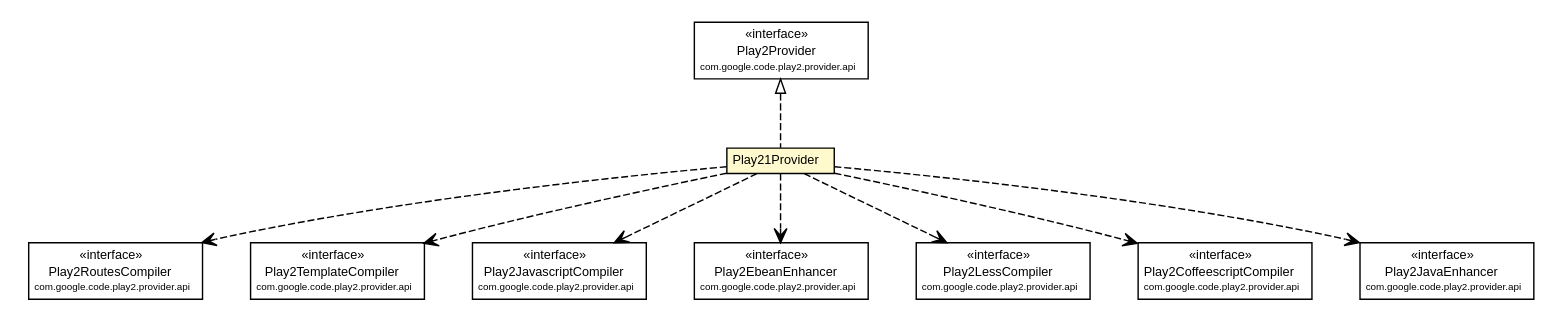
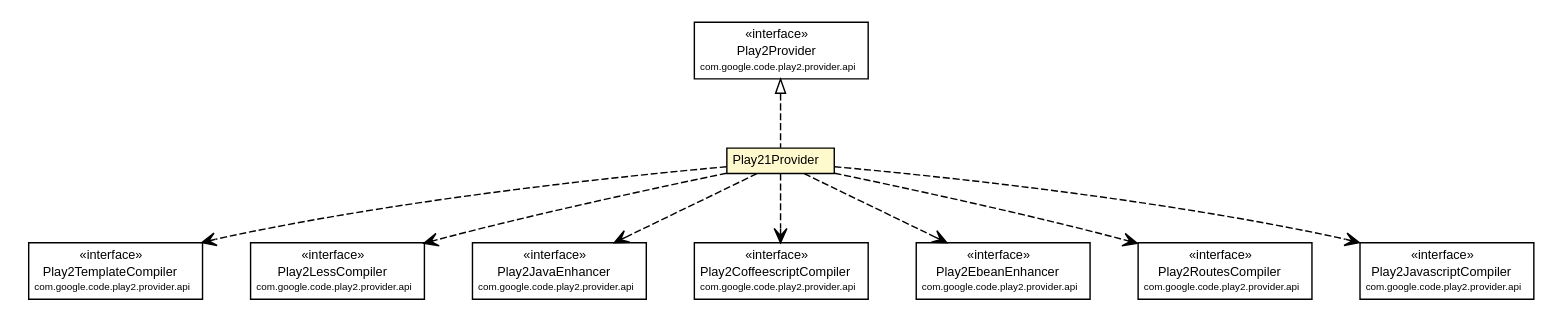
The diagram in mavensite/1.0.0-beta1-SNAPSHOT/play2-providers/play2-provider-play21/apidocs/com/google/code/play2/provider/play21/Play21Provider.dot (wouterhardeman/play2-maven-plugin), drawn with Graphviz before and after one commit. The commit also changed 224 other files, not shown here.

Commit message:
Public site for version "1.0.0-beta1-SNAPSHOT" updated.

```diff
--- a/mavensite/1.0.0-beta1-SNAPSHOT/play2-providers/play2-provider-play21/apidocs/com/google/code/play2/provider/play21/Play21Provider.dot
+++ b/mavensite/1.0.0-beta1-SNAPSHOT/play2-providers/play2-provider-play21/apidocs/com/google/code/play2/provider/play21/Play21Provider.dot
@@ -17,38 +17,38 @@
 		</table>>, URL="./Play21Provider.html", fontname="arial", fontcolor="black", fontsize=9.0];
 	//com.google.code.play2.provider.play21.Play21Provider implements com.google.code.play2.provider.api.Play2Provider
 	c181:p -> c172:p [dir=back,arrowtail=empty,style=dashed];
+	// com.google.code.play2.provider.play21.Play21Provider DEPEND com.google.code.play2.provider.api.Play2TemplateCompiler
+	c172:p -> c182:p [taillabel="", label="", headlabel="", fontname="arial", fontcolor="black", fontsize=10.0, color="black", arrowhead=open, style=dashed];
+	// com.google.code.play2.provider.play21.Play21Provider DEPEND com.google.code.play2.provider.api.Play2LessCompiler
+	c172:p -> c183:p [taillabel="", label="", headlabel="", fontname="arial", fontcolor="black", fontsize=10.0, color="black", arrowhead=open, style=dashed];
+	// com.google.code.play2.provider.play21.Play21Provider DEPEND com.google.code.play2.provider.api.Play2JavaEnhancer
+	c172:p -> c184:p [taillabel="", label="", headlabel="", fontname="arial", fontcolor="black", fontsize=10.0, color="black", arrowhead=open, style=dashed];
+	// com.google.code.play2.provider.play21.Play21Provider DEPEND com.google.code.play2.provider.api.Play2CoffeescriptCompiler
+	c172:p -> c185:p [taillabel="", label="", headlabel="", fontname="arial", fontcolor="black", fontsize=10.0, color="black", arrowhead=open, style=dashed];
+	// com.google.code.play2.provider.play21.Play21Provider DEPEND com.google.code.play2.provider.api.Play2EbeanEnhancer
+	c172:p -> c186:p [taillabel="", label="", headlabel="", fontname="arial", fontcolor="black", fontsize=10.0, color="black", arrowhead=open, style=dashed];
 	// com.google.code.play2.provider.play21.Play21Provider DEPEND com.google.code.play2.provider.api.Play2RoutesCompiler
-	c172:p -> c182:p [taillabel="", label="", headlabel="", fontname="arial", fontcolor="black", fontsize=10.0, color="black", arrowhead=open, style=dashed];
-	// com.google.code.play2.provider.play21.Play21Provider DEPEND com.google.code.play2.provider.api.Play2TemplateCompiler
-	c172:p -> c183:p [taillabel="", label="", headlabel="", fontname="arial", fontcolor="black", fontsize=10.0, color="black", arrowhead=open, style=dashed];
+	c172:p -> c187:p [taillabel="", label="", headlabel="", fontname="arial", fontcolor="black", fontsize=10.0, color="black", arrowhead=open, style=dashed];
 	// com.google.code.play2.provider.play21.Play21Provider DEPEND com.google.code.play2.provider.api.Play2JavascriptCompiler
-	c172:p -> c184:p [taillabel="", label="", headlabel="", fontname="arial", fontcolor="black", fontsize=10.0, color="black", arrowhead=open, style=dashed];
-	// com.google.code.play2.provider.play21.Play21Provider DEPEND com.google.code.play2.provider.api.Play2EbeanEnhancer
-	c172:p -> c185:p [taillabel="", label="", headlabel="", fontname="arial", fontcolor="black", fontsize=10.0, color="black", arrowhead=open, style=dashed];
-	// com.google.code.play2.provider.play21.Play21Provider DEPEND com.google.code.play2.provider.api.Play2LessCompiler
-	c172:p -> c186:p [taillabel="", label="", headlabel="", fontname="arial", fontcolor="black", fontsize=10.0, color="black", arrowhead=open, style=dashed];
-	// com.google.code.play2.provider.play21.Play21Provider DEPEND com.google.code.play2.provider.api.Play2CoffeescriptCompiler
-	c172:p -> c187:p [taillabel="", label="", headlabel="", fontname="arial", fontcolor="black", fontsize=10.0, color="black", arrowhead=open, style=dashed];
-	// com.google.code.play2.provider.play21.Play21Provider DEPEND com.google.code.play2.provider.api.Play2JavaEnhancer
 	c172:p -> c188:p [taillabel="", label="", headlabel="", fontname="arial", fontcolor="black", fontsize=10.0, color="black", arrowhead=open, style=dashed];
+	// com.google.code.play2.provider.api.Play2LessCompiler
+	c183 [label=<<table title="com.google.code.play2.provider.api.Play2LessCompiler" border="0" cellborder="1" cellspacing="0" cellpadding="2" port="p" href="https://play2-maven-plugin.googlecode.com/svn/mavensite/1.0.0-beta1-SNAPSHOT/play2-provider-api/apidocs/com/google/code/play2/provider/api/Play2LessCompiler.html">
+		<tr><td><table border="0" cellspacing="0" cellpadding="1">
+<tr><td align="center" balign="center"> &#171;interface&#187; </td></tr>
+<tr><td align="center" balign="center"> Play2LessCompiler </td></tr>
+<tr><td align="center" balign="center"><font point-size="7.0"> com.google.code.play2.provider.api </font></td></tr>
+		</table></td></tr>
+		</table>>, URL="https://play2-maven-plugin.googlecode.com/svn/mavensite/1.0.0-beta1-SNAPSHOT/play2-provider-api/apidocs/com/google/code/play2/provider/api/Play2LessCompiler.html", fontname="arial", fontcolor="black", fontsize=9.0];
 	// com.google.code.play2.provider.api.Play2EbeanEnhancer
-	c185 [label=<<table title="com.google.code.play2.provider.api.Play2EbeanEnhancer" border="0" cellborder="1" cellspacing="0" cellpadding="2" port="p" href="https://play2-maven-plugin.googlecode.com/svn/mavensite/1.0.0-beta1-SNAPSHOT/play2-provider-api/apidocs/com/google/code/play2/provider/api/Play2EbeanEnhancer.html">
+	c186 [label=<<table title="com.google.code.play2.provider.api.Play2EbeanEnhancer" border="0" cellborder="1" cellspacing="0" cellpadding="2" port="p" href="https://play2-maven-plugin.googlecode.com/svn/mavensite/1.0.0-beta1-SNAPSHOT/play2-provider-api/apidocs/com/google/code/play2/provider/api/Play2EbeanEnhancer.html">
 		<tr><td><table border="0" cellspacing="0" cellpadding="1">
 <tr><td align="center" balign="center"> &#171;interface&#187; </td></tr>
 <tr><td align="center" balign="center"> Play2EbeanEnhancer </td></tr>
 <tr><td align="center" balign="center"><font point-size="7.0"> com.google.code.play2.provider.api </font></td></tr>
 		</table></td></tr>
 		</table>>, URL="https://play2-maven-plugin.googlecode.com/svn/mavensite/1.0.0-beta1-SNAPSHOT/play2-provider-api/apidocs/com/google/code/play2/provider/api/Play2EbeanEnhancer.html", fontname="arial", fontcolor="black", fontsize=9.0];
-	// com.google.code.play2.provider.api.Play2LessCompiler
-	c186 [label=<<table title="com.google.code.play2.provider.api.Play2LessCompiler" border="0" cellborder="1" cellspacing="0" cellpadding="2" port="p" href="https://play2-maven-plugin.googlecode.com/svn/mavensite/1.0.0-beta1-SNAPSHOT/play2-provider-api/apidocs/com/google/code/play2/provider/api/Play2LessCompiler.html">
-		<tr><td><table border="0" cellspacing="0" cellpadding="1">
-<tr><td align="center" balign="center"> &#171;interface&#187; </td></tr>
-<tr><td align="center" balign="center"> Play2LessCompiler </td></tr>
-<tr><td align="center" balign="center"><font point-size="7.0"> com.google.code.play2.provider.api </font></td></tr>
-		</table></td></tr>
-		</table>>, URL="https://play2-maven-plugin.googlecode.com/svn/mavensite/1.0.0-beta1-SNAPSHOT/play2-provider-api/apidocs/com/google/code/play2/provider/api/Play2LessCompiler.html", fontname="arial", fontcolor="black", fontsize=9.0];
 	// com.google.code.play2.provider.api.Play2CoffeescriptCompiler
-	c187 [label=<<table title="com.google.code.play2.provider.api.Play2CoffeescriptCompiler" border="0" cellborder="1" cellspacing="0" cellpadding="2" port="p" href="https://play2-maven-plugin.googlecode.com/svn/mavensite/1.0.0-beta1-SNAPSHOT/play2-provider-api/apidocs/com/google/code/play2/provider/api/Play2CoffeescriptCompiler.html">
+	c185 [label=<<table title="com.google.code.play2.provider.api.Play2CoffeescriptCompiler" border="0" cellborder="1" cellspacing="0" cellpadding="2" port="p" href="https://play2-maven-plugin.googlecode.com/svn/mavensite/1.0.0-beta1-SNAPSHOT/play2-provider-api/apidocs/com/google/code/play2/provider/api/Play2CoffeescriptCompiler.html">
 		<tr><td><table border="0" cellspacing="0" cellpadding="1">
 <tr><td align="center" balign="center"> &#171;interface&#187; </td></tr>
 <tr><td align="center" balign="center"> Play2CoffeescriptCompiler </td></tr>
@@ -56,7 +56,7 @@
 		</table></td></tr>
 		</table>>, URL="https://play2-maven-plugin.googlecode.com/svn/mavensite/1.0.0-beta1-SNAPSHOT/play2-provider-api/apidocs/com/google/code/play2/provider/api/Play2CoffeescriptCompiler.html", fontname="arial", fontcolor="black", fontsize=9.0];
 	// com.google.code.play2.provider.api.Play2JavaEnhancer
-	c188 [label=<<table title="com.google.code.play2.provider.api.Play2JavaEnhancer" border="0" cellborder="1" cellspacing="0" cellpadding="2" port="p" href="https://play2-maven-plugin.googlecode.com/svn/mavensite/1.0.0-beta1-SNAPSHOT/play2-provider-api/apidocs/com/google/code/play2/provider/api/Play2JavaEnhancer.html">
+	c184 [label=<<table title="com.google.code.play2.provider.api.Play2JavaEnhancer" border="0" cellborder="1" cellspacing="0" cellpadding="2" port="p" href="https://play2-maven-plugin.googlecode.com/svn/mavensite/1.0.0-beta1-SNAPSHOT/play2-provider-api/apidocs/com/google/code/play2/provider/api/Play2JavaEnhancer.html">
 		<tr><td><table border="0" cellspacing="0" cellpadding="1">
 <tr><td align="center" balign="center"> &#171;interface&#187; </td></tr>
 <tr><td align="center" balign="center"> Play2JavaEnhancer </td></tr>
@@ -64,7 +64,7 @@
 		</table></td></tr>
 		</table>>, URL="https://play2-maven-plugin.googlecode.com/svn/mavensite/1.0.0-beta1-SNAPSHOT/play2-provider-api/apidocs/com/google/code/play2/provider/api/Play2JavaEnhancer.html", fontname="arial", fontcolor="black", fontsize=9.0];
 	// com.google.code.play2.provider.api.Play2RoutesCompiler
-	c182 [label=<<table title="com.google.code.play2.provider.api.Play2RoutesCompiler" border="0" cellborder="1" cellspacing="0" cellpadding="2" port="p" href="https://play2-maven-plugin.googlecode.com/svn/mavensite/1.0.0-beta1-SNAPSHOT/play2-provider-api/apidocs/com/google/code/play2/provider/api/Play2RoutesCompiler.html">
+	c187 [label=<<table title="com.google.code.play2.provider.api.Play2RoutesCompiler" border="0" cellborder="1" cellspacing="0" cellpadding="2" port="p" href="https://play2-maven-plugin.googlecode.com/svn/mavensite/1.0.0-beta1-SNAPSHOT/play2-provider-api/apidocs/com/google/code/play2/provider/api/Play2RoutesCompiler.html">
 		<tr><td><table border="0" cellspacing="0" cellpadding="1">
 <tr><td align="center" balign="center"> &#171;interface&#187; </td></tr>
 <tr><td align="center" balign="center"> Play2RoutesCompiler </td></tr>
@@ -72,7 +72,7 @@
 		</table></td></tr>
 		</table>>, URL="https://play2-maven-plugin.googlecode.com/svn/mavensite/1.0.0-beta1-SNAPSHOT/play2-provider-api/apidocs/com/google/code/play2/provider/api/Play2RoutesCompiler.html", fontname="arial", fontcolor="black", fontsize=9.0];
 	// com.google.code.play2.provider.api.Play2JavascriptCompiler
-	c184 [label=<<table title="com.google.code.play2.provider.api.Play2JavascriptCompiler" border="0" cellborder="1" cellspacing="0" cellpadding="2" port="p" href="https://play2-maven-plugin.googlecode.com/svn/mavensite/1.0.0-beta1-SNAPSHOT/play2-provider-api/apidocs/com/google/code/play2/provider/api/Play2JavascriptCompiler.html">
+	c188 [label=<<table title="com.google.code.play2.provider.api.Play2JavascriptCompiler" border="0" cellborder="1" cellspacing="0" cellpadding="2" port="p" href="https://play2-maven-plugin.googlecode.com/svn/mavensite/1.0.0-beta1-SNAPSHOT/play2-provider-api/apidocs/com/google/code/play2/provider/api/Play2JavascriptCompiler.html">
 		<tr><td><table border="0" cellspacing="0" cellpadding="1">
 <tr><td align="center" balign="center"> &#171;interface&#187; </td></tr>
 <tr><td align="center" balign="center"> Play2JavascriptCompiler </td></tr>
@@ -88,7 +88,7 @@
 		</table></td></tr>
 		</table>>, URL="https://play2-maven-plugin.googlecode.com/svn/mavensite/1.0.0-beta1-SNAPSHOT/play2-provider-api/apidocs/com/google/code/play2/provider/api/Play2Provider.html", fontname="arial", fontcolor="black", fontsize=9.0];
 	// com.google.code.play2.provider.api.Play2TemplateCompiler
-	c183 [label=<<table title="com.google.code.play2.provider.api.Play2TemplateCompiler" border="0" cellborder="1" cellspacing="0" cellpadding="2" port="p" href="https://play2-maven-plugin.googlecode.com/svn/mavensite/1.0.0-beta1-SNAPSHOT/play2-provider-api/apidocs/com/google/code/play2/provider/api/Play2TemplateCompiler.html">
+	c182 [label=<<table title="com.google.code.play2.provider.api.Play2TemplateCompiler" border="0" cellborder="1" cellspacing="0" cellpadding="2" port="p" href="https://play2-maven-plugin.googlecode.com/svn/mavensite/1.0.0-beta1-SNAPSHOT/play2-provider-api/apidocs/com/google/code/play2/provider/api/Play2TemplateCompiler.html">
 		<tr><td><table border="0" cellspacing="0" cellpadding="1">
 <tr><td align="center" balign="center"> &#171;interface&#187; </td></tr>
 <tr><td align="center" balign="center"> Play2TemplateCompiler </td></tr>
```
